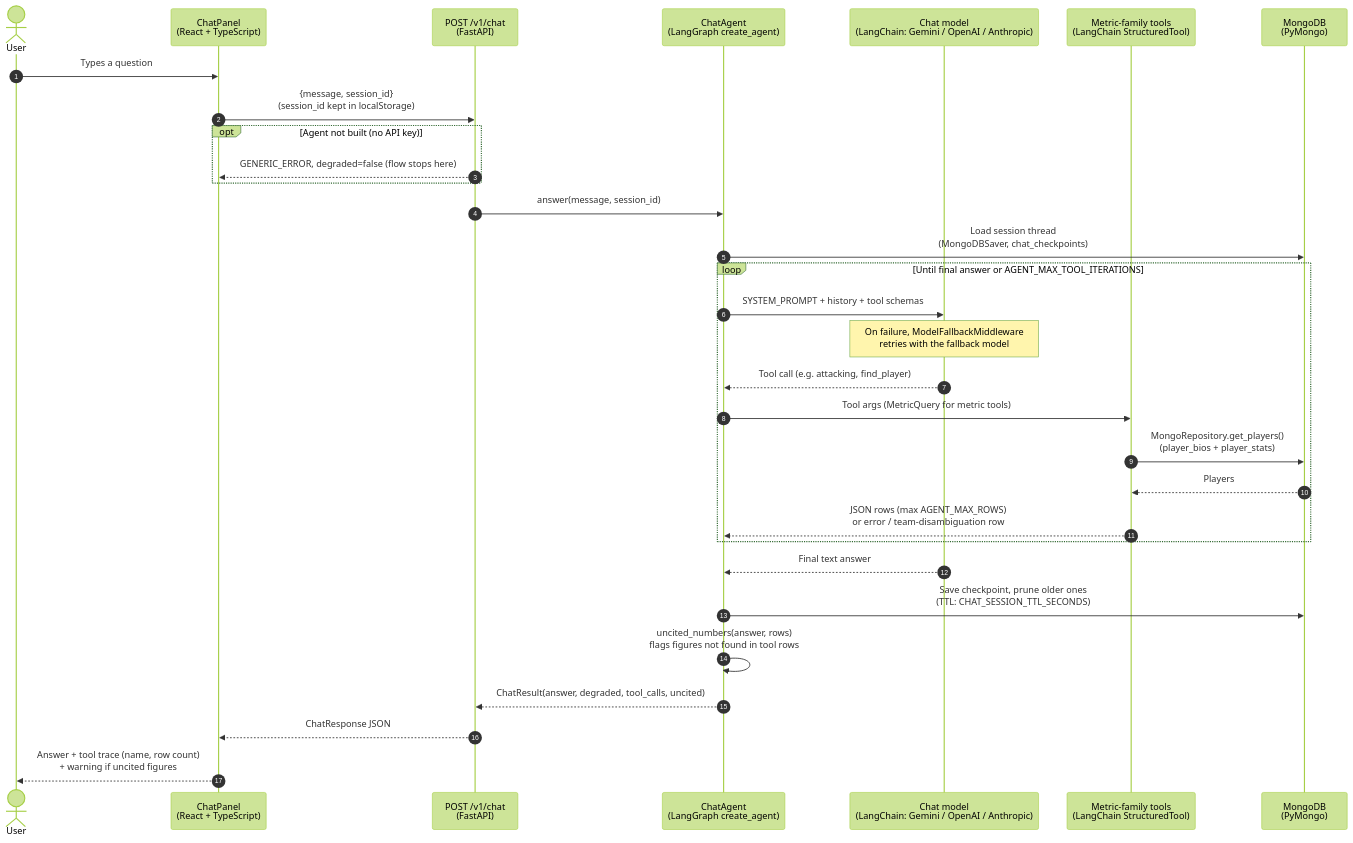
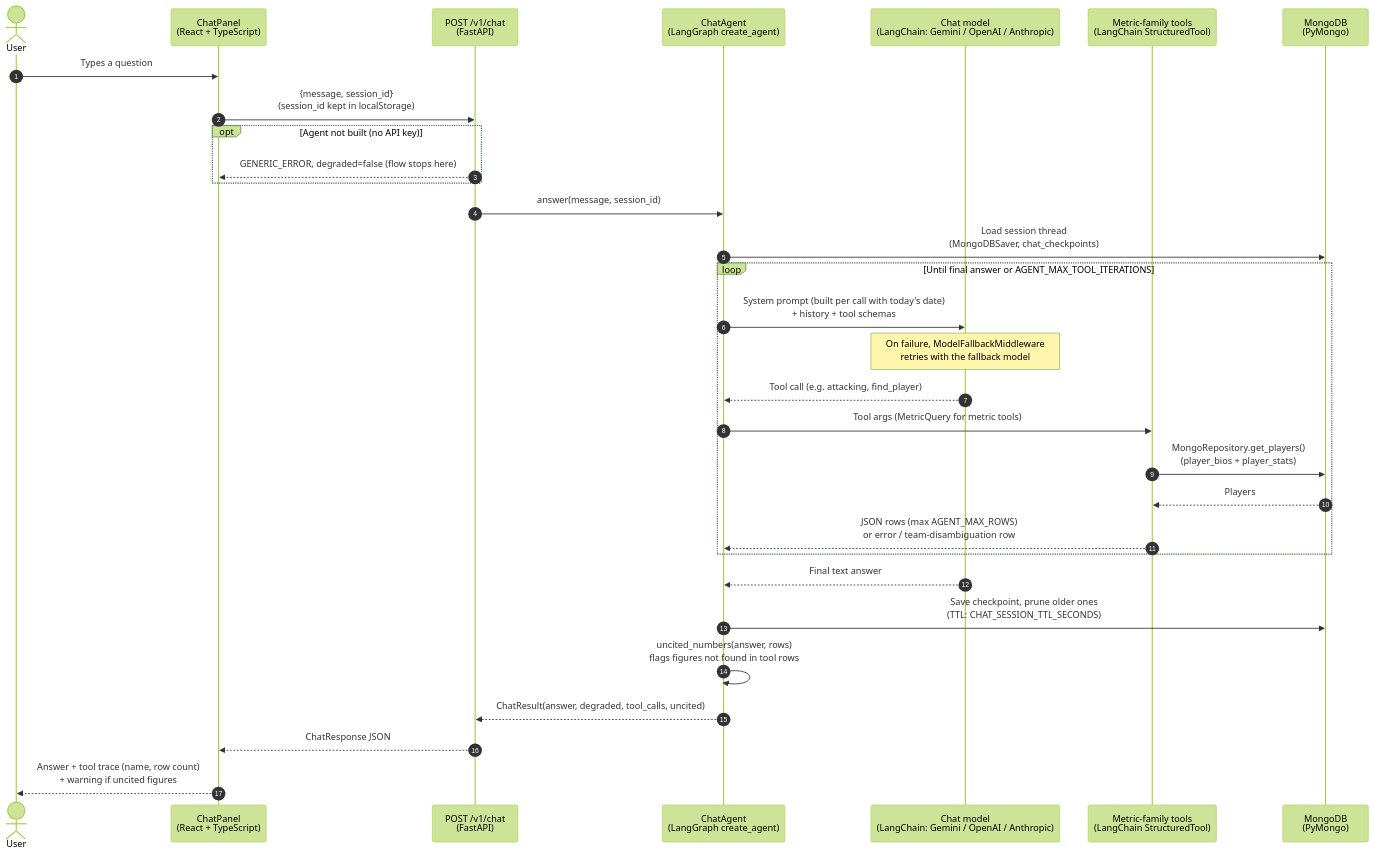
One commit to YonatanHen/Football-Analytics changed the diagram in backend/app/agent/README.md. Above: the diagram before and after it, drawn with Mermaid (forest theme). The commit also changed other lines of this file and 13 other files, not shown here.

````diff
--- a/backend/app/agent/README.md
+++ b/backend/app/agent/README.md
@@ -7,34 +7,34 @@
 ```mermaid
 sequenceDiagram
     autonumber
     actor User
     participant UI as ChatPanel<br/>(React + TypeScript)
     participant API as POST /v1/chat<br/>(FastAPI)
     participant Agent as ChatAgent<br/>(LangGraph create_agent)
     participant LLM as Chat model<br/>(LangChain: Gemini / OpenAI / Anthropic)
     participant Tools as Metric-family tools<br/>(LangChain StructuredTool)
     participant DB as MongoDB<br/>(PyMongo)
 
     User->>UI: Types a question
     UI->>API: {message, session_id}<br/>(session_id kept in localStorage)
     opt Agent not built (no API key)
         API-->>UI: GENERIC_ERROR, degraded=false (flow stops here)
     end
     API->>Agent: answer(message, session_id)
     Agent->>DB: Load session thread<br/>(MongoDBSaver, chat_checkpoints)
     loop Until final answer or AGENT_MAX_TOOL_ITERATIONS
-        Agent->>LLM: SYSTEM_PROMPT + history + tool schemas
+        Agent->>LLM: System prompt (built per call with today's date)<br/>+ history + tool schemas
         Note over LLM: On failure, ModelFallbackMiddleware<br/>retries with the fallback model
         LLM-->>Agent: Tool call (e.g. attacking, find_player)
         Agent->>Tools: Tool args (MetricQuery for metric tools)
         Tools->>DB: MongoRepository.get_players()<br/>(player_bios + player_stats)
         DB-->>Tools: Players
         Tools-->>Agent: JSON rows (max AGENT_MAX_ROWS)<br/>or error / team-disambiguation row
     end
     LLM-->>Agent: Final text answer
     Agent->>DB: Save checkpoint, prune older ones<br/>(TTL: CHAT_SESSION_TTL_SECONDS)
     Agent->>Agent: uncited_numbers(answer, rows)<br/>flags figures not found in tool rows
     Agent-->>API: ChatResult(answer, degraded, tool_calls, uncited)
     API-->>UI: ChatResponse JSON
     UI-->>User: Answer + tool trace (name, row count)<br/>+ warning if uncited figures
 ```
````
